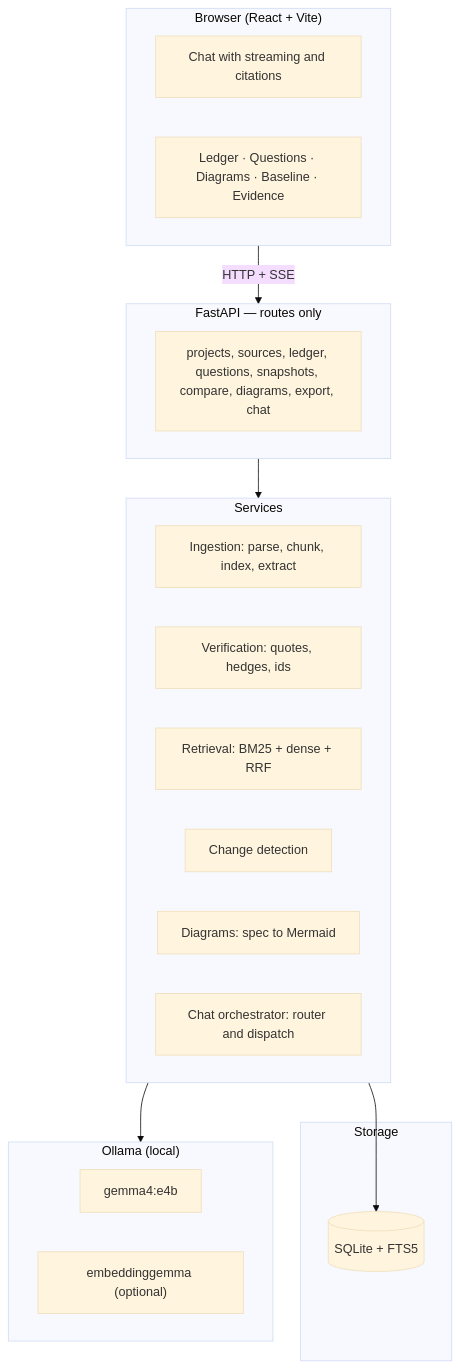
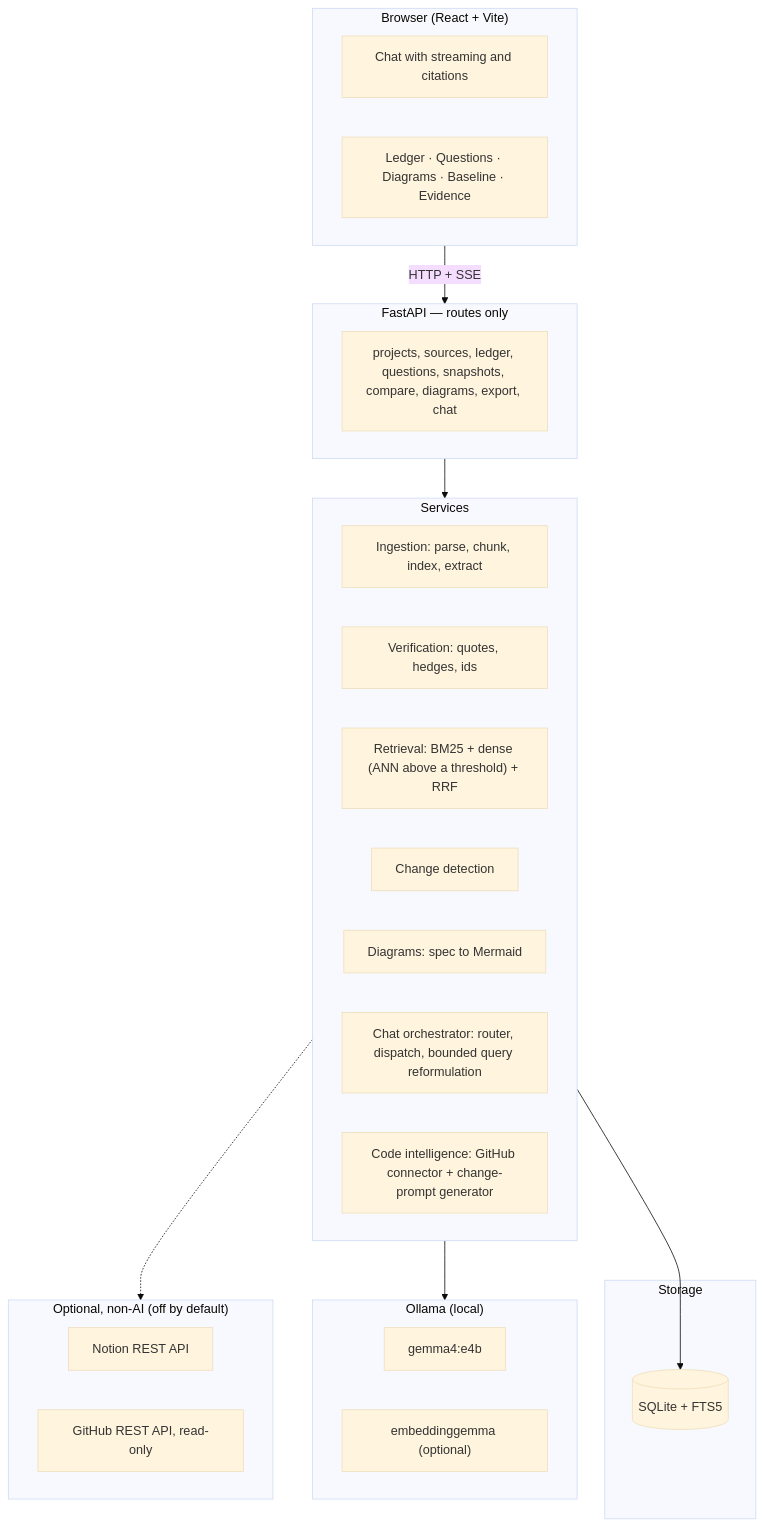
The first of 3 diagrams in README.md (DeepMehta06/Archlens), drawn with Mermaid (base theme) before and after one commit. The commit also changed other lines of this file and 4 other files, not shown here.

````diff
--- a/README.md
+++ b/README.md
@@ -106,28 +115,34 @@
 ```mermaid
 flowchart TB
   subgraph UI["Browser (React + Vite)"]
     Chat["Chat with streaming and citations"]
     Panel["Ledger · Questions · Diagrams · Baseline · Evidence"]
   end
   subgraph API["FastAPI — routes only"]
     R["projects, sources, ledger, questions, snapshots, compare, diagrams, export, chat"]
   end
   subgraph SVC["Services"]
     ING["Ingestion: parse, chunk, index, extract"]
     VER["Verification: quotes, hedges, ids"]
-    RET["Retrieval: BM25 + dense + RRF"]
+    RET["Retrieval: BM25 + dense (ANN above a threshold) + RRF"]
     CMP["Change detection"]
     DIA["Diagrams: spec to Mermaid"]
-    ORCH["Chat orchestrator: router and dispatch"]
+    ORCH["Chat orchestrator: router, dispatch, bounded query reformulation"]
+    CODE["Code intelligence: GitHub connector + change-prompt generator"]
   end
   subgraph STORE["Storage"]
     DB[("SQLite + FTS5")]
   end
   subgraph LLM["Ollama (local)"]
     G["gemma4:e4b"]
     E["embeddinggemma (optional)"]
   end
+  subgraph EXT["Optional, non-AI (off by default)"]
+    NOTION["Notion REST API"]
+    GH["GitHub REST API, read-only"]
+  end
   UI -->|"HTTP + SSE"| API --> SVC
   SVC --> DB
   SVC --> LLM
+  SVC -.-> EXT
 ```
````
